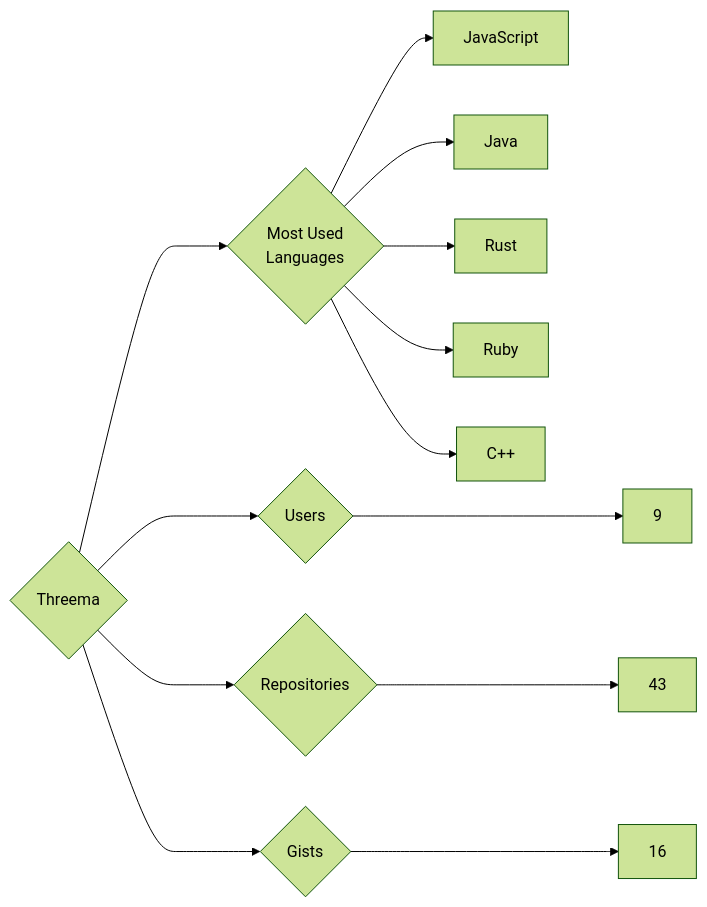
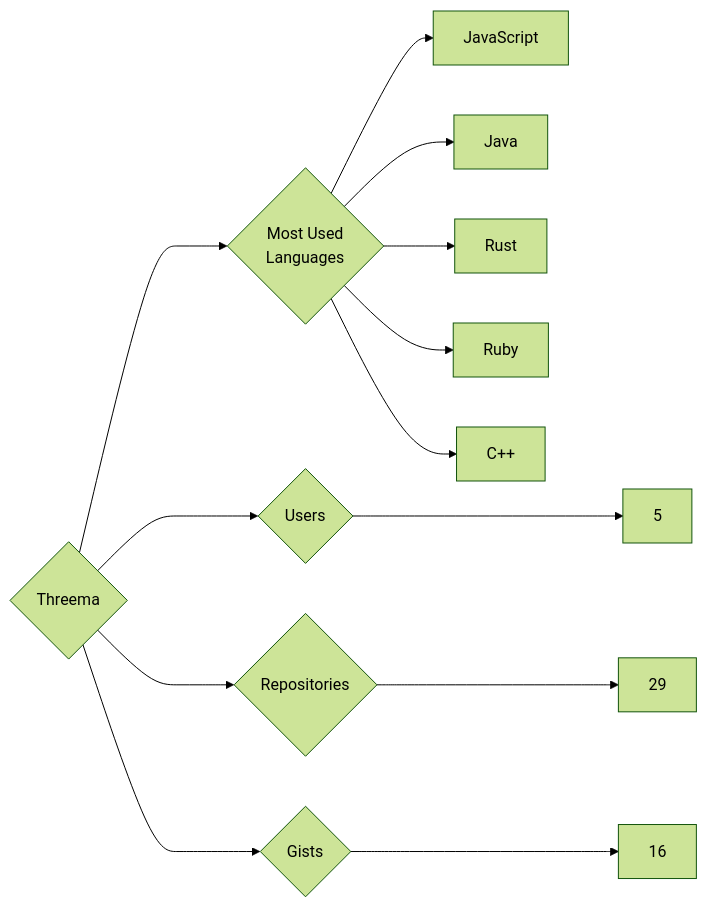
The diagram in targets/Threema/README.md (trickest/insiders), drawn with Mermaid (forest theme) before and after one commit. The commit also changed 1389 other files, not shown here.

````diff
--- a/targets/Threema/README.md
+++ b/targets/Threema/README.md
@@ -3,13 +3,13 @@
 ```mermaid
 graph LR
 COMPANY_NAME{Threema}
-COMPANY_NAME ---> U{Users} ---> UN[9]
-COMPANY_NAME ---> R{Repositories} ---> RN[43]
+COMPANY_NAME ---> U{Users} ---> UN[5]
+COMPANY_NAME ---> R{Repositories} ---> RN[29]
 COMPANY_NAME ---> G{Gists} ---> GN[16]
 COMPANY_NAME ---> ML{Most Used<br>Languages}
 ML --> JavaScript[JavaScript]
 ML --> Java[Java]
 ML --> Rust[Rust]
 ML --> Ruby[Ruby]
 ML --> C++[C++]
 ```
````
